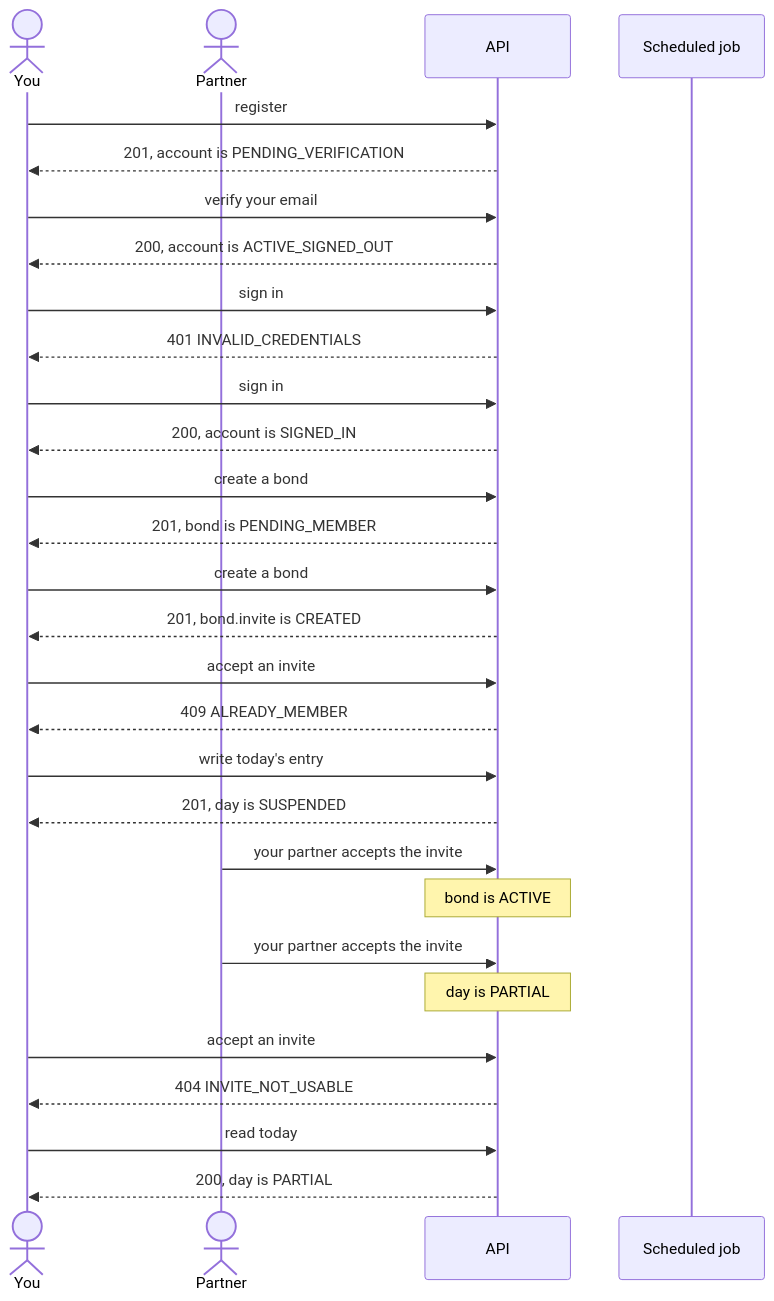
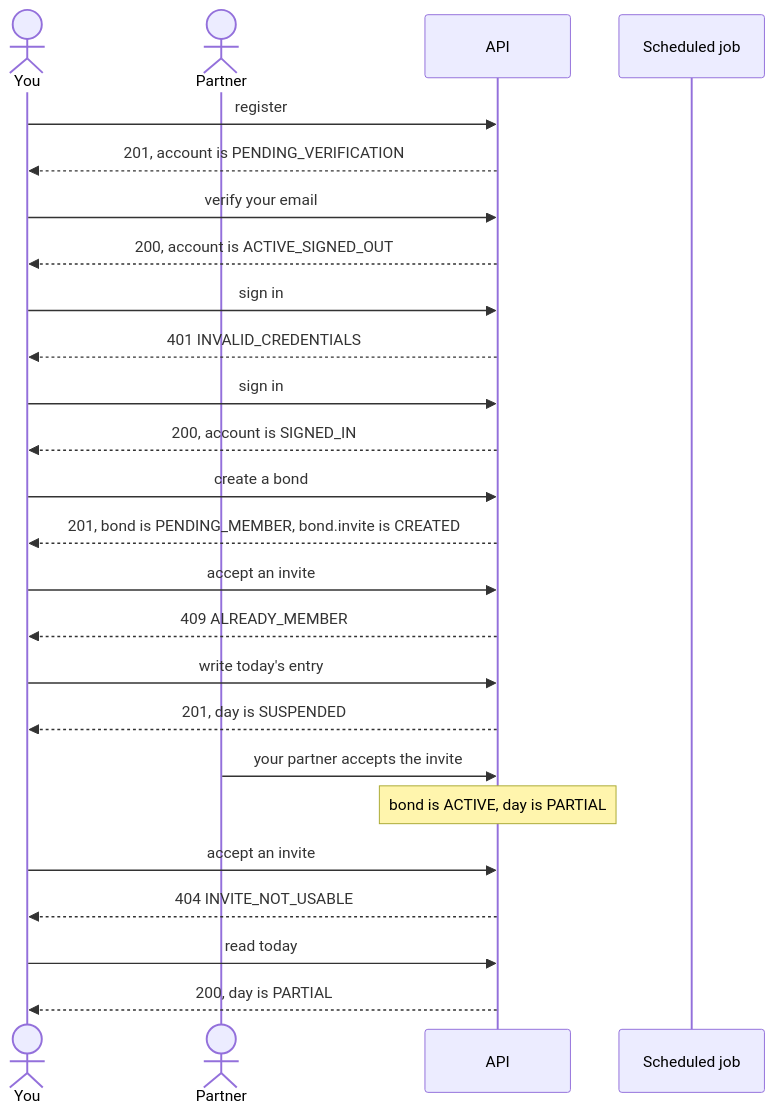
The first of 5 diagrams in docs/state-map/journeys.md (Ayodeji97/moyi-backend), drawn with Mermaid before and after one commit. The commit also changed other lines of this file and 1 other file, not shown here.

Commit message:
fix(state-map): J1 draws each request once and says what creating a bond carries

````diff
--- a/docs/state-map/journeys.md
+++ b/docs/state-map/journeys.md
@@ -22,31 +22,27 @@
 ```mermaid
 sequenceDiagram
     actor You
     actor Partner
     participant API
     participant Job as Scheduled job
     You->>API: register
     API-->>You: 201, account is PENDING_VERIFICATION
     You->>API: verify your email
     API-->>You: 200, account is ACTIVE_SIGNED_OUT
     You->>API: sign in
     API-->>You: 401 INVALID_CREDENTIALS
     You->>API: sign in
     API-->>You: 200, account is SIGNED_IN
     You->>API: create a bond
-    API-->>You: 201, bond is PENDING_MEMBER
-    You->>API: create a bond
-    API-->>You: 201, bond.invite is CREATED
+    API-->>You: 201, bond is PENDING_MEMBER, bond.invite is CREATED
     You->>API: accept an invite
     API-->>You: 409 ALREADY_MEMBER
     You->>API: write today's entry
     API-->>You: 201, day is SUSPENDED
     Partner->>API: your partner accepts the invite
-    Note over API: bond is ACTIVE
-    Partner->>API: your partner accepts the invite
-    Note over API: day is PARTIAL
+    Note over API: bond is ACTIVE, day is PARTIAL
     You->>API: accept an invite
     API-->>You: 404 INVITE_NOT_USABLE
     You->>API: read today
     API-->>You: 200, day is PARTIAL
 ```
````
